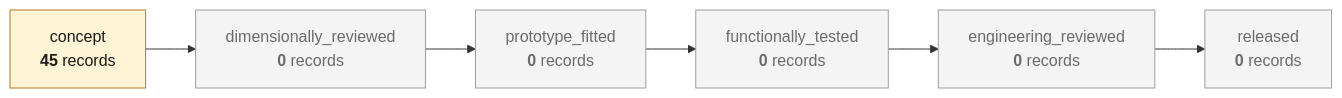
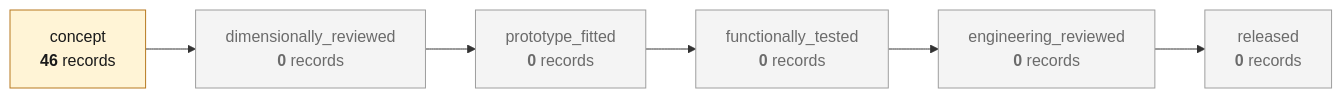
The fourth of 5 diagrams in docs/ENGINEERING_OVERVIEW.md (cluster2600/porscheparts), drawn with Mermaid before and after one commit. The commit also changed other lines of this file and 95 other files, not shown here.

````diff
--- a/docs/ENGINEERING_OVERVIEW.md
+++ b/docs/ENGINEERING_OVERVIEW.md
@@ -545,18 +546,18 @@
 ```mermaid
 flowchart LR
-    L0["concept<br/><b>45</b> records"]
+    L0["concept<br/><b>46</b> records"]
     L1["dimensionally_reviewed<br/><b>0</b> records"]
     L2["prototype_fitted<br/><b>0</b> records"]
     L3["functionally_tested<br/><b>0</b> records"]
     L4["engineering_reviewed<br/><b>0</b> records"]
     L5["released<br/><b>0</b> records"]
     L0 --> L1 --> L2 --> L3 --> L4 --> L5
     classDef here fill:#fff4d6,stroke:#b7791f,color:#1a1a1a;
     classDef empty fill:#f4f4f4,stroke:#9e9e9e,color:#6b6b6b;
     class L0 here
     class L1 empty
     class L2 empty
     class L3 empty
     class L4 empty
     class L5 empty
 ```
````
